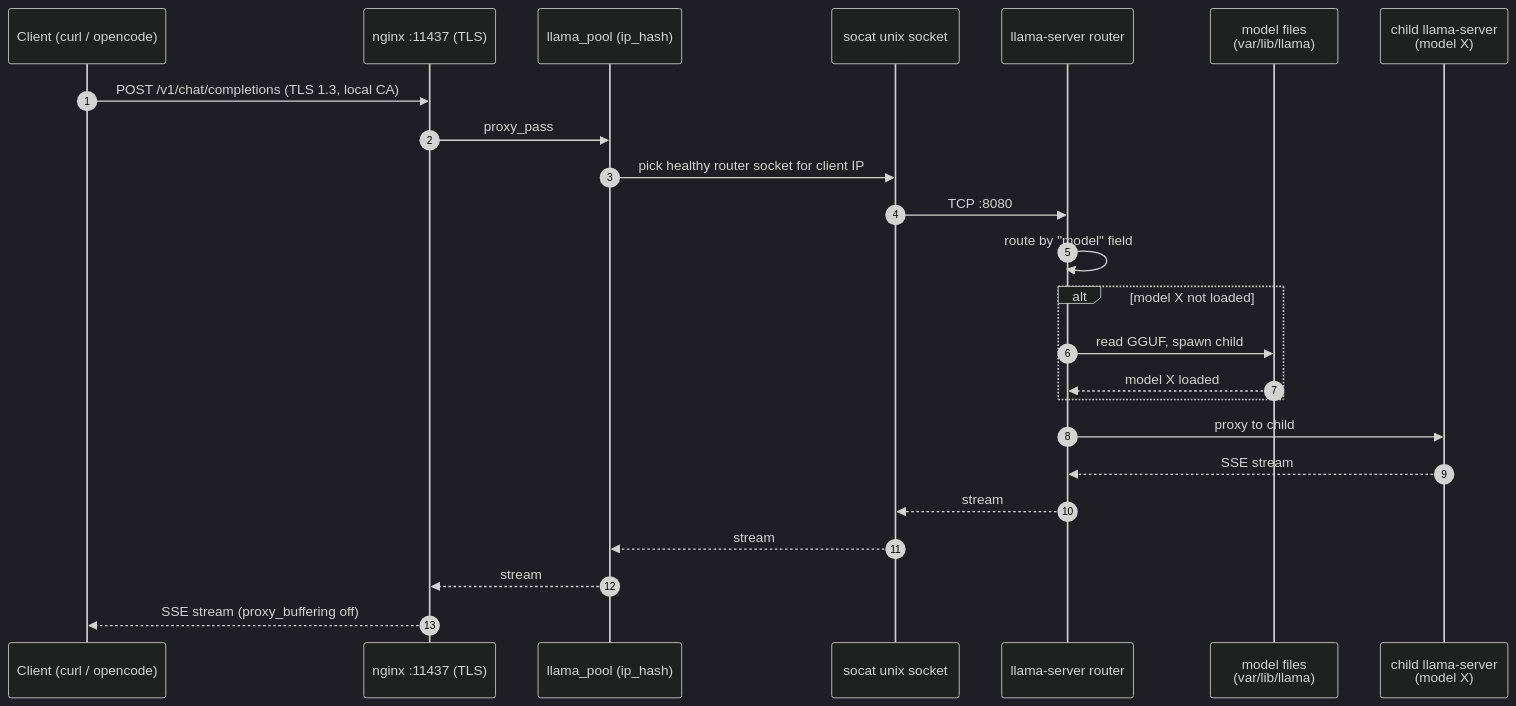
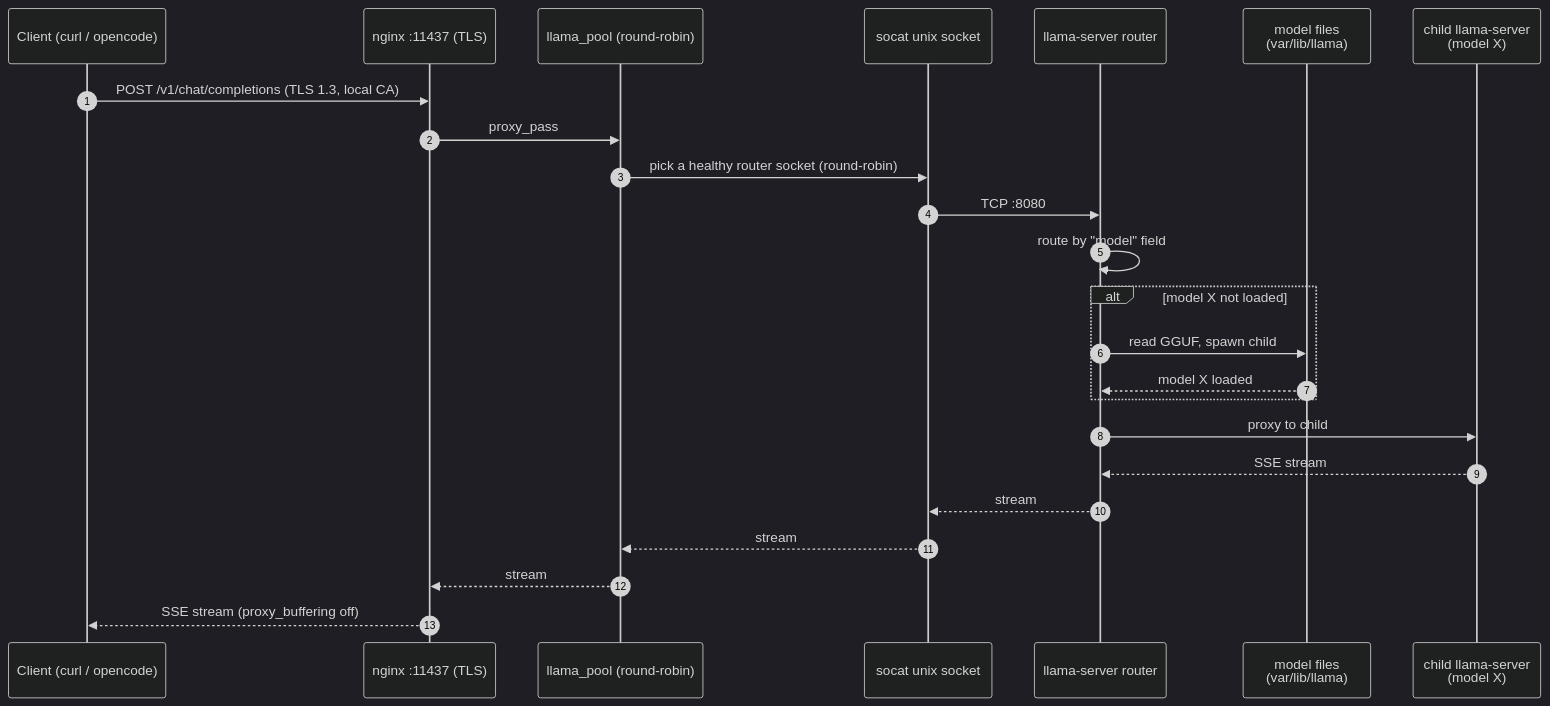
The diagram in docs/diagrams/request-flow.mmd (SpotDraft/llamacpp-serve), drawn with Mermaid (dark theme) before and after one commit. The commit also changed 9 other files, not shown here.

```diff
--- a/docs/diagrams/request-flow.mmd
+++ b/docs/diagrams/request-flow.mmd
@@ -1,25 +1,25 @@
 sequenceDiagram
     autonumber
     participant C as Client (curl / opencode)
     participant N as nginx :11437 (TLS)
-    participant UP as llama_pool (ip_hash)
+    participant UP as llama_pool (round-robin)
     participant SC as socat unix socket
     participant R as llama-server router
     participant M as model files<br/>(var/lib/llama)
     participant P as child llama-server<br/>(model X)
 
     C->>N: POST /v1/chat/completions (TLS 1.3, local CA)
     N->>UP: proxy_pass
-    UP->>SC: pick healthy router socket for client IP
+    UP->>SC: pick a healthy router socket (round-robin)
     SC->>R: TCP :8080
     R->>R: route by "model" field
     alt model X not loaded
         R->>M: read GGUF, spawn child
         M-->>R: model X loaded
     end
     R->>P: proxy to child
     P-->>R: SSE stream
     R-->>SC: stream
     SC-->>UP: stream
     UP-->>N: stream
     N-->>C: SSE stream (proxy_buffering off)
```
